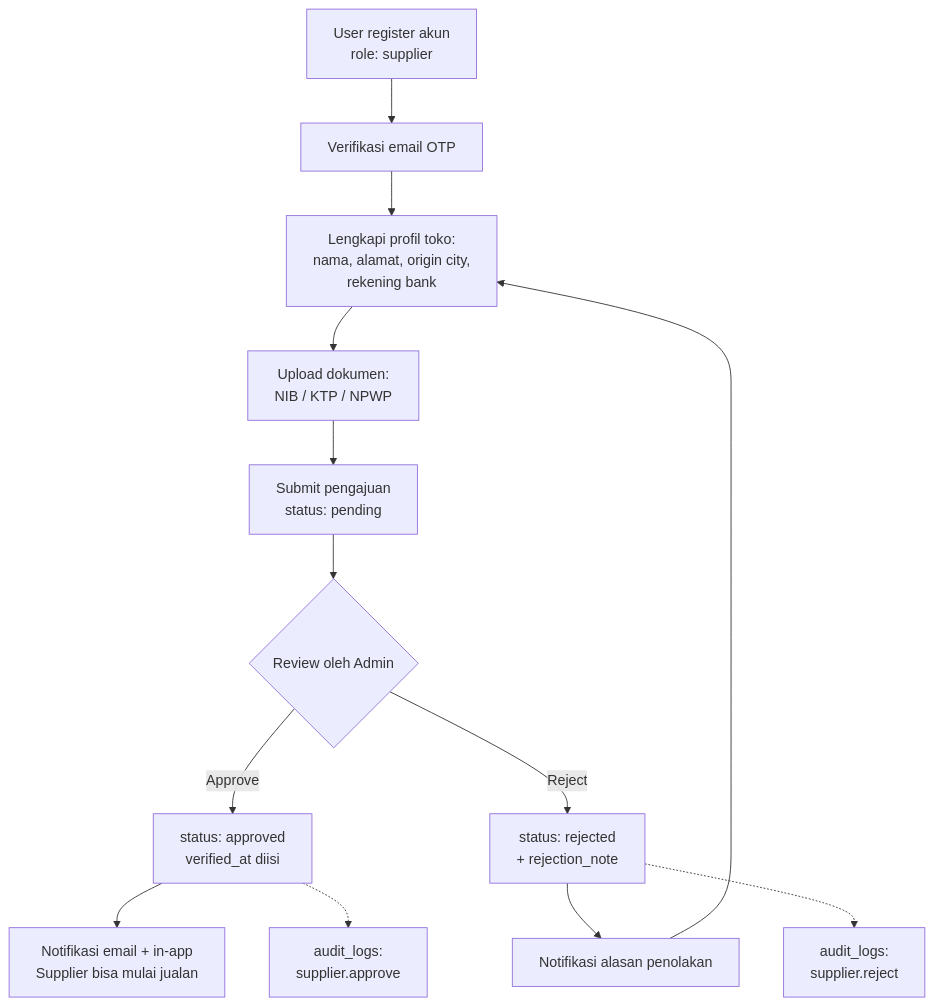
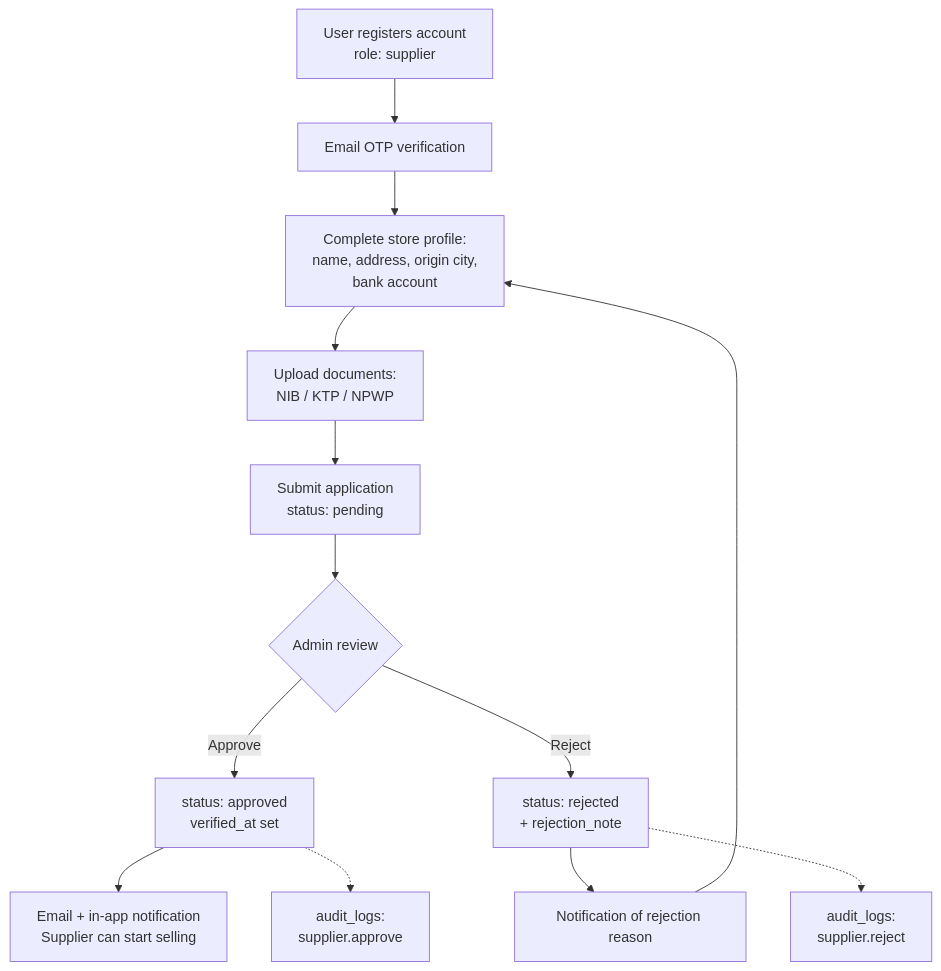
The fifth of 10 diagrams in docs/erd.md (erdinhrmwn/bangunin-project), drawn with Mermaid before and after one commit. The commit also changed other lines of this file and 6 other files, not shown here.

````diff
--- a/docs/erd.md
+++ b/docs/erd.md
@@ -376,15 +376,15 @@
 ```mermaid
 flowchart TD
-    A[User register akun\nrole: supplier] --> B[Verifikasi email OTP]
-    B --> C[Lengkapi profil toko:\nnama, alamat, origin city,\nrekening bank]
-    C --> D[Upload dokumen:\nNIB / KTP / NPWP]
-    D --> E[Submit pengajuan\nstatus: pending]
-    E --> F{Review oleh Admin}
-    F -- Approve --> G[status: approved\nverified_at diisi]
-    G --> H[Notifikasi email + in-app\nSupplier bisa mulai jualan]
+    A[User registers account\nrole: supplier] --> B[Email OTP verification]
+    B --> C[Complete store profile:\nname, address, origin city,\nbank account]
+    C --> D[Upload documents:\nNIB / KTP / NPWP]
+    D --> E[Submit application\nstatus: pending]
+    E --> F{Admin review}
+    F -- Approve --> G[status: approved\nverified_at set]
+    G --> H[Email + in-app notification\nSupplier can start selling]
     F -- Reject --> I[status: rejected\n+ rejection_note]
-    I --> J[Notifikasi alasan penolakan]
+    I --> J[Notification of rejection reason]
     J --> C
     G -.-> K[audit_logs:\nsupplier.approve]
     I -.-> K2[audit_logs:\nsupplier.reject]
 ```
````
